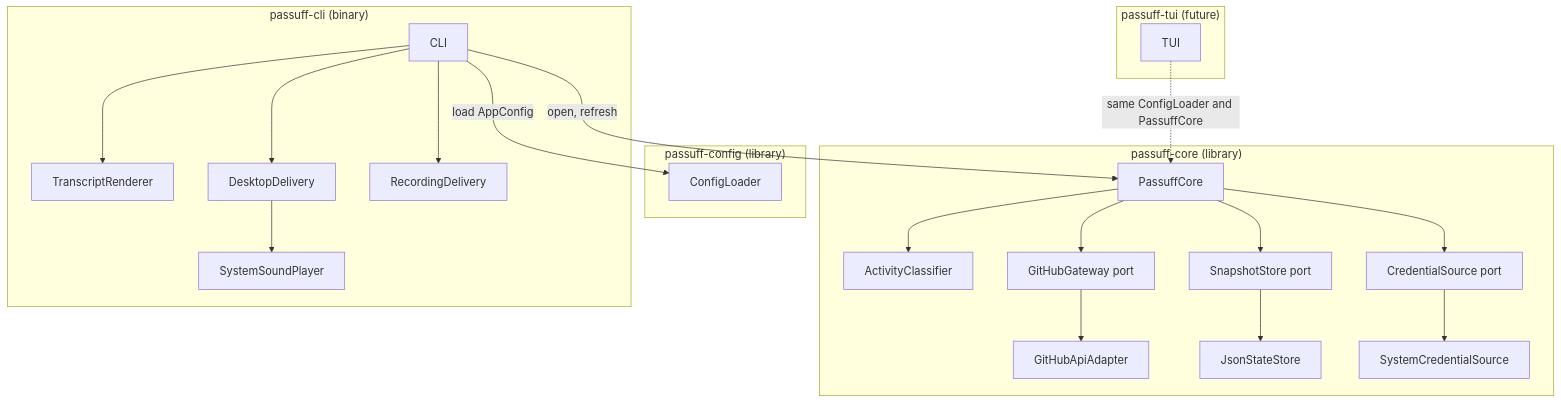
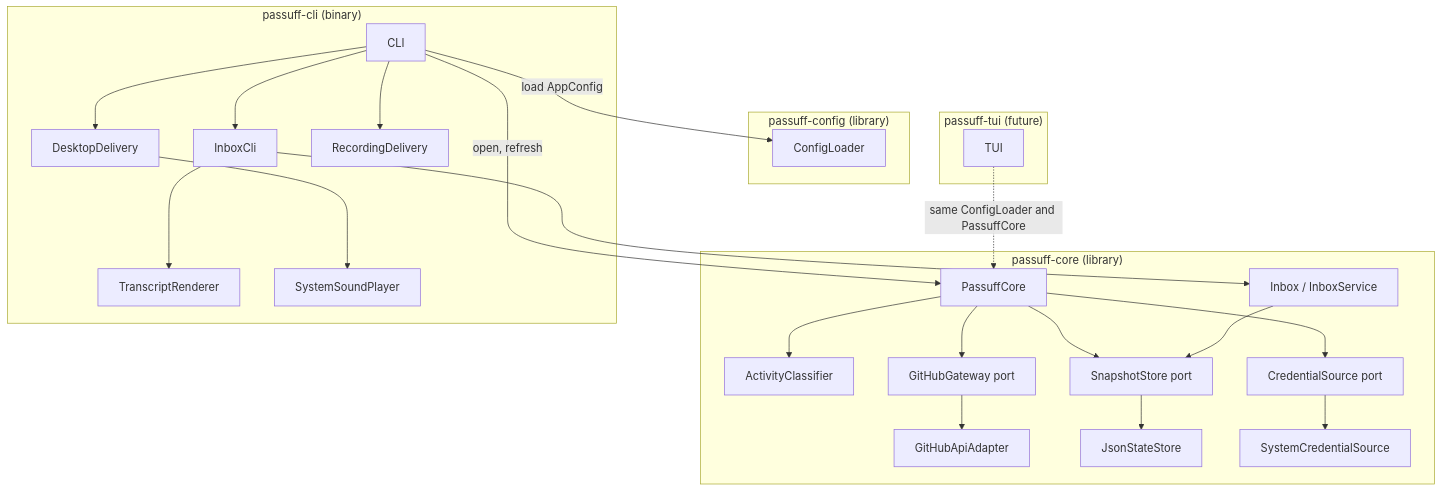
The diagram in docs/arc42/05-building-block-view.md (buster/passuff), drawn with Mermaid before and after one commit. The commit also changed other lines of this file and 10 other files, not shown here.

````diff
--- a/docs/arc42/05-building-block-view.md
+++ b/docs/arc42/05-building-block-view.md
@@ -5,44 +5,49 @@
 ```mermaid
 flowchart TB
     subgraph configBoundary["passuff-config (library)"]
         Config["ConfigLoader"]
     end
 
     subgraph coreBoundary["passuff-core (library)"]
         Core["PassuffCore"]
         Classifier["ActivityClassifier"]
         GitHubPort["GitHubGateway port"]
         GitHubAdapter["GitHubApiAdapter"]
         StatePort["SnapshotStore port"]
         JsonStore["JsonStateStore"]
         CredentialPort["CredentialSource port"]
         Credential["SystemCredentialSource"]
+        Inbox["Inbox / InboxService"]
     end
 
     subgraph cliBoundary["passuff-cli (binary)"]
         CLI["CLI"]
+        InboxCli["InboxCli"]
         Renderer["TranscriptRenderer"]
         Delivery["DesktopDelivery"]
         Record["RecordingDelivery"]
         Sound["SystemSoundPlayer"]
     end
 
     subgraph tuiBoundary["passuff-tui (future)"]
         TUI["TUI"]
     end
 
     CLI -->|load AppConfig| Config
     CLI -->|open, refresh| Core
-    CLI --> Renderer
+    CLI --> InboxCli
+    InboxCli --> Renderer
+    InboxCli --> Inbox
+    Inbox --> StatePort
     CLI --> Delivery
     CLI --> Record
     Delivery --> Sound
     Core --> Classifier
     Core --> GitHubPort
     GitHubPort --> GitHubAdapter
     Core --> StatePort
     StatePort --> JsonStore
     Core --> CredentialPort
     CredentialPort --> Credential
     TUI -.->|same ConfigLoader and PassuffCore| Core
 ```
````
